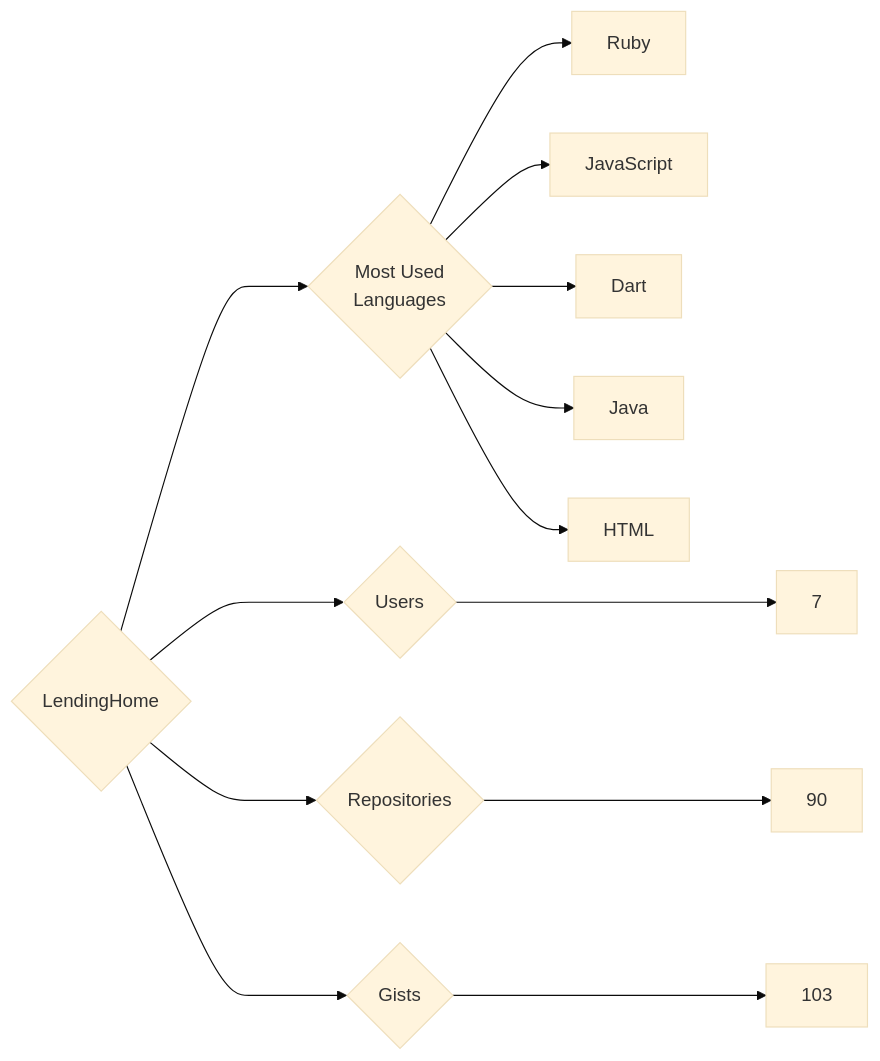
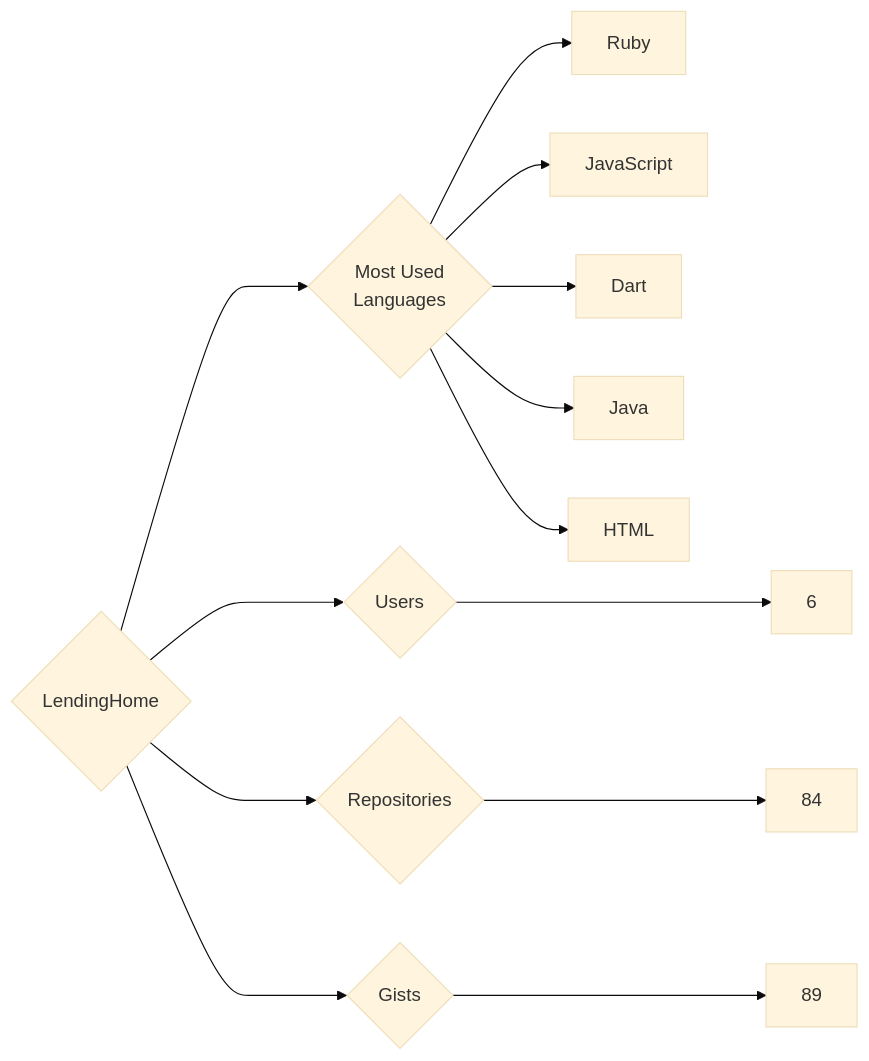
One commit to trickest/insiders changed the diagram in targets/LendingHome/README.md. Above: the diagram before and after it, drawn with Mermaid (base theme). The commit also changed 752 other files, not shown here.

````diff
--- a/targets/LendingHome/README.md
+++ b/targets/LendingHome/README.md
@@ -3,13 +3,13 @@
 ```mermaid
 graph LR
 COMPANY_NAME{LendingHome}
-COMPANY_NAME ---> U{Users} ---> UN[7]
-COMPANY_NAME ---> R{Repositories} ---> RN[90]
-COMPANY_NAME ---> G{Gists} ---> GN[103]
+COMPANY_NAME ---> U{Users} ---> UN[6]
+COMPANY_NAME ---> R{Repositories} ---> RN[84]
+COMPANY_NAME ---> G{Gists} ---> GN[89]
 COMPANY_NAME ---> ML{Most Used<br>Languages}
 ML --> Ruby[Ruby]
 ML --> JavaScript[JavaScript]
 ML --> Dart[Dart]
 ML --> Java[Java]
 ML --> HTML[HTML]
 ```
````
